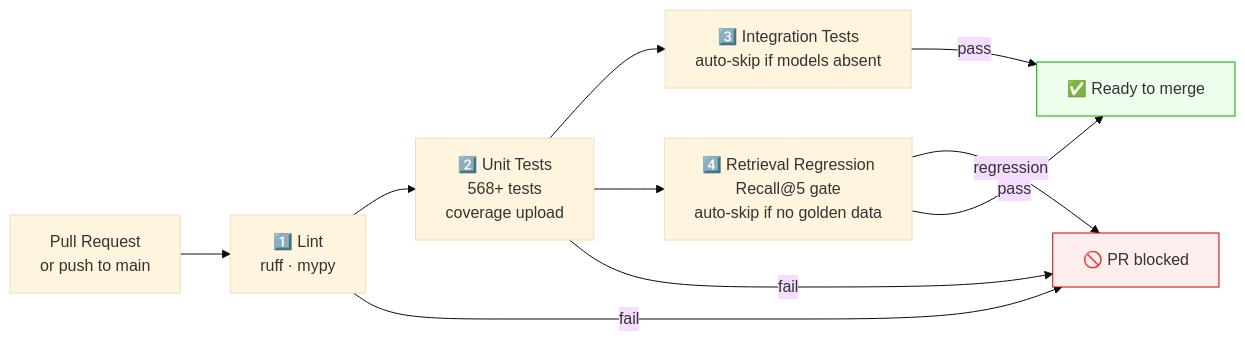
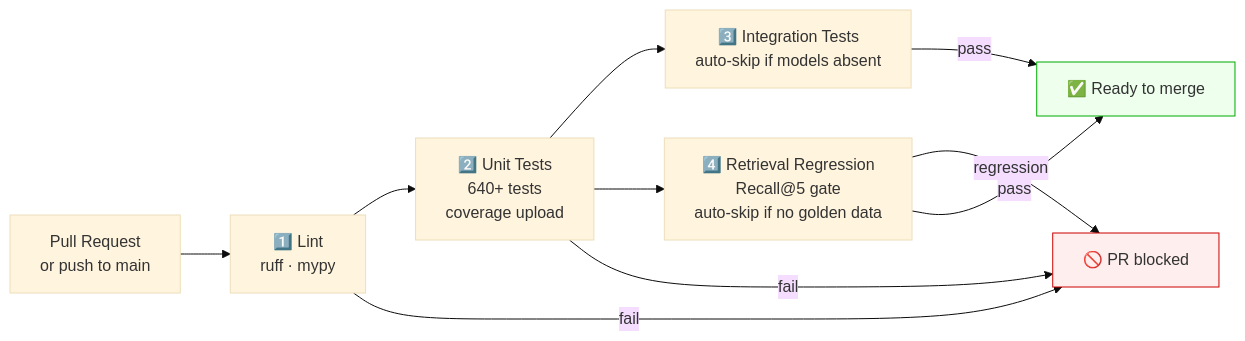
Before and after one commit to ealbertoav/rag_platform: the tenth of 10 diagrams in README.md, drawn with Mermaid (base theme). The commit also changed other lines of this file, not shown here.

````diff
--- a/README.md
+++ b/README.md
@@ -1062,15 +1070,15 @@
 ```mermaid
 flowchart LR
     PR["Pull Request<br/>or push to main"] --> L["1️⃣ Lint<br/>ruff · mypy"]
-    L --> U["2️⃣ Unit Tests<br/>568+ tests<br/>coverage upload"]
+    L --> U["2️⃣ Unit Tests<br/>640+ tests<br/>coverage upload"]
     U --> I["3️⃣ Integration Tests<br/>auto-skip if models absent"]
     U --> R["4️⃣ Retrieval Regression<br/>Recall@5 gate<br/>auto-skip if no golden data"]
 
     L -->|fail| BLOCK["🚫 PR blocked"]
     U -->|fail| BLOCK
     R -->|regression| BLOCK
     I & R -->|pass| MERGE["✅ Ready to merge"]
 
     style BLOCK fill:#ffeeee,stroke:#cc0000
     style MERGE fill:#eeffee,stroke:#00aa00
 ```
````
